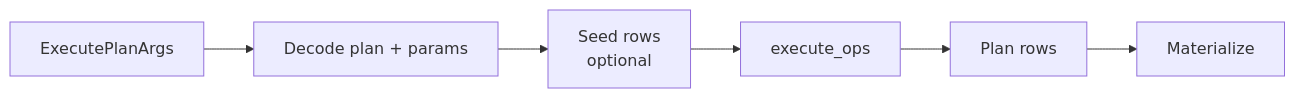
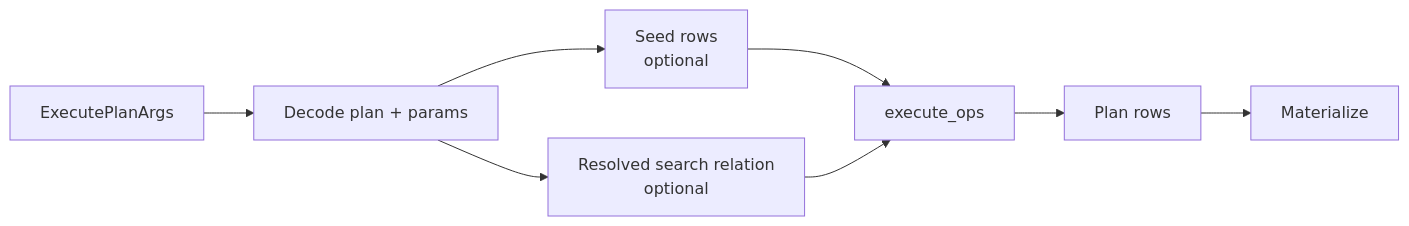
The diagram in design/execution/pipeline.md (perforate-org/gleaph), drawn with Mermaid before and after one commit. The commit also changed other lines of this file and 27 other files, not shown here.

````diff
--- a/design/execution/pipeline.md
+++ b/design/execution/pipeline.md
@@ -21,8 +21,10 @@
 ```mermaid
 flowchart LR
     A[ExecutePlanArgs] --> B[Decode plan + params]
     B --> C[Seed rows<br/>optional]
+    B --> G[Resolved search relation<br/>optional]
     C --> D[execute_ops]
+    G --> D
     D --> E[Plan rows]
     E --> F[Materialize]
 ```
````
